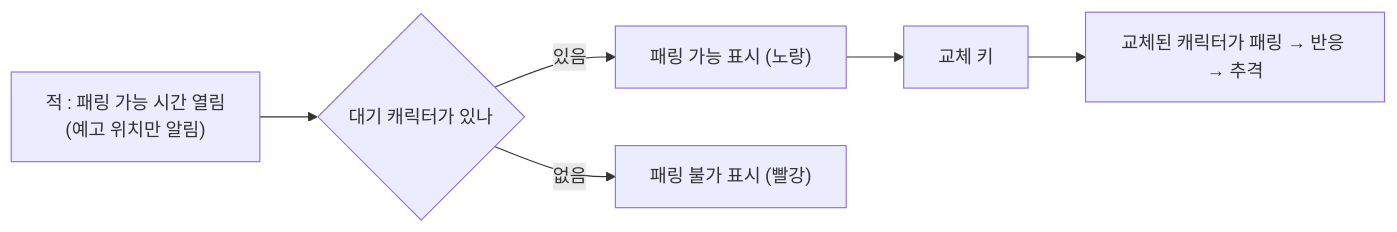
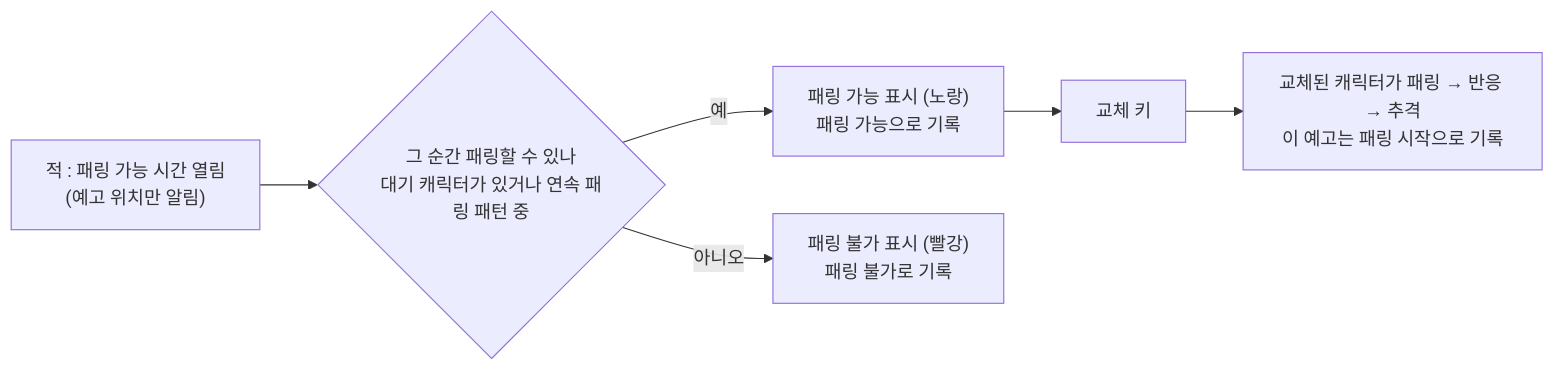
One commit to SquashPrince/Develrocket_mp15_HHH changed the fourth of 4 diagrams in Docs/Technical/Player/PlayerParty.md. Above: the diagram before and after it, drawn with Mermaid. The commit also changed other lines of this file and 9 other files, not shown here.

````diff
--- a/Docs/Technical/Player/PlayerParty.md
+++ b/Docs/Technical/Player/PlayerParty.md
@@ -92,7 +97,7 @@
 ```mermaid
 flowchart LR
-    E["적 : 패링 가능 시간 열림<br>(예고 위치만 알림)"] --> V{"대기 캐릭터가 있나"}
-    V -->|"있음"| Y["패링 가능 표시 (노랑)"]
-    V -->|"없음"| RD["패링 불가 표시 (빨강)"]
-    Y --> K["교체 키"] --> P["교체된 캐릭터가 패링 → 반응 → 추격"]
+    E["적 : 패링 가능 시간 열림<br>(예고 위치만 알림)"] --> V{"그 순간 패링할 수 있나<br>대기 캐릭터가 있거나 연속 패링 패턴 중"}
+    V -->|"예"| Y["패링 가능 표시 (노랑)<br>패링 가능으로 기록"]
+    V -->|"아니오"| RD["패링 불가 표시 (빨강)<br>패링 불가로 기록"]
+    Y --> K["교체 키"] --> P["교체된 캐릭터가 패링 → 반응 → 추격<br>이 예고는 패링 시작으로 기록"]
 ```
````
